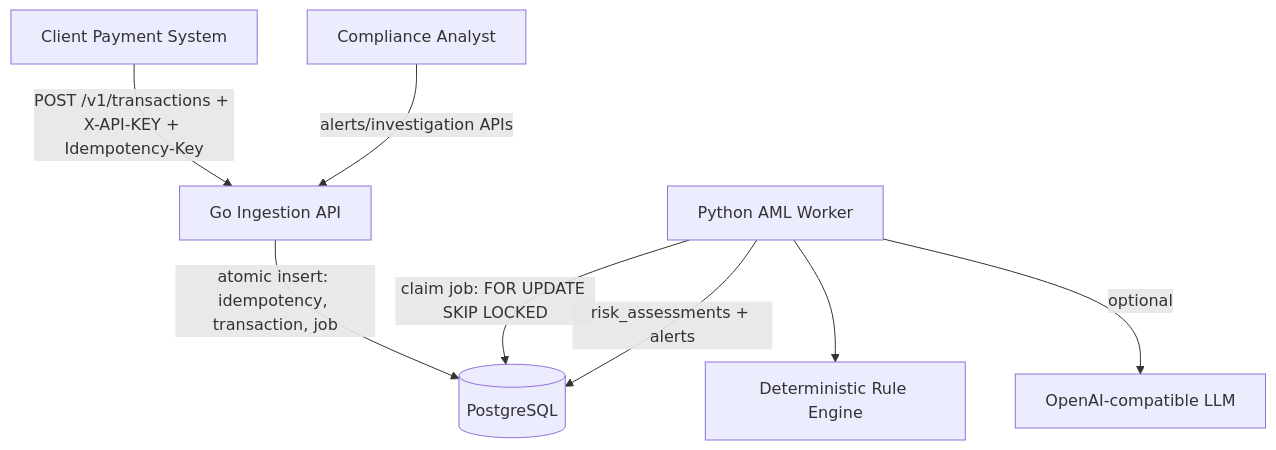
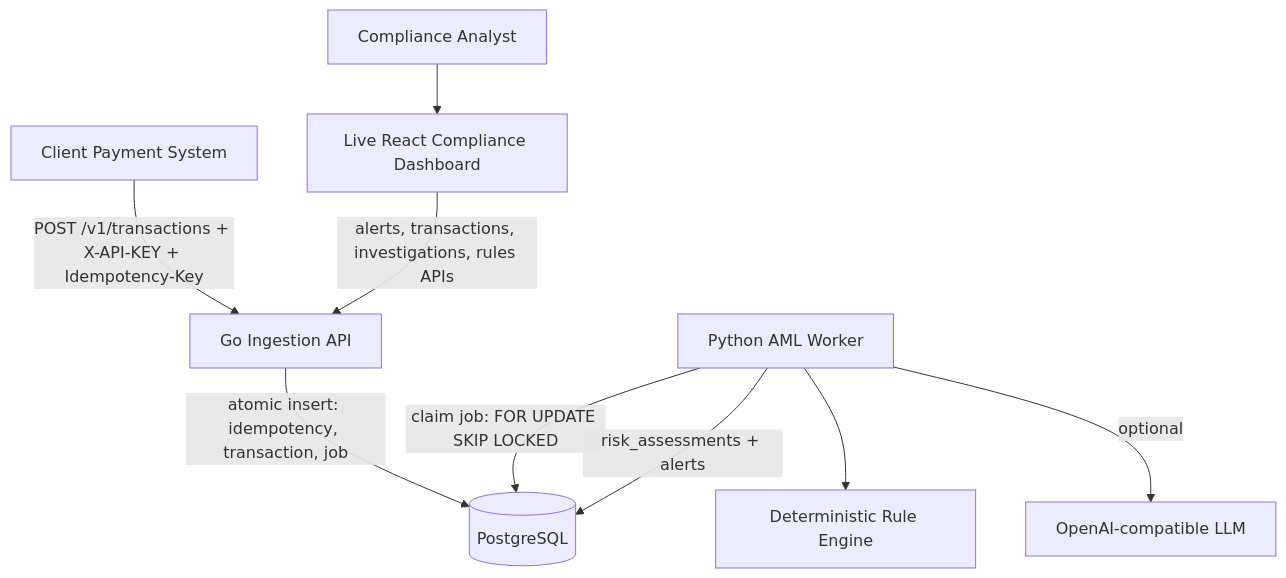
The diagram in ARCHITECTURE.md (bmaulanaa61-eng/athena-aml), drawn with Mermaid before and after one commit. The commit also changed other lines of this file and 2 other files, not shown here.

Commit message:
docs: link interactive compliance frontend live demo

````diff
--- a/ARCHITECTURE.md
+++ b/ARCHITECTURE.md
@@ -5,10 +5,11 @@
 ```mermaid
 flowchart TD
   Client[Client Payment System] -->|POST /v1/transactions + X-API-KEY + Idempotency-Key| API[Go Ingestion API]
   API -->|atomic insert: idempotency, transaction, job| DB[(PostgreSQL)]
   Worker[Python AML Worker] -->|claim job: FOR UPDATE SKIP LOCKED| DB
   Worker --> Rules[Deterministic Rule Engine]
   Worker -->|optional| LLM[OpenAI-compatible LLM]
   Worker -->|risk_assessments + alerts| DB
-  Analyst[Compliance Analyst] -->|alerts/investigation APIs| API
+  Analyst[Compliance Analyst] --> FE[Live React Compliance Dashboard]
+  FE -->|alerts, transactions, investigations, rules APIs| API
 ```
````
